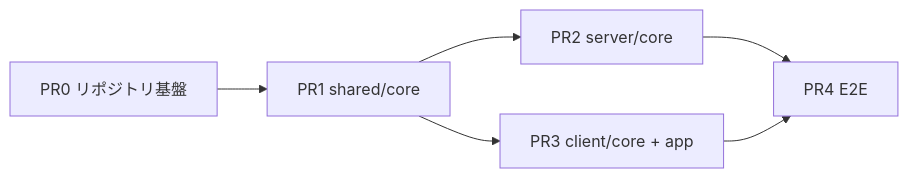
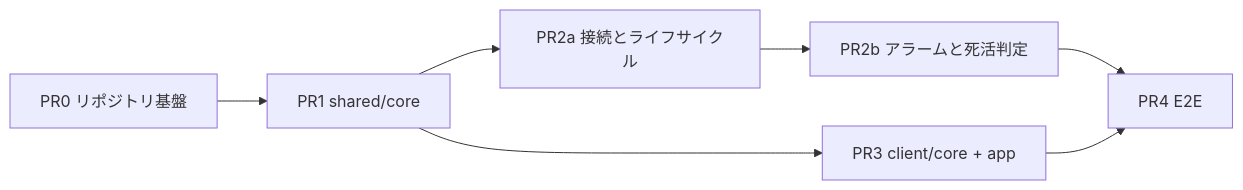
The diagram in docs/実装計画/M0.md (war-lab/BEB-Party), drawn with Mermaid before and after one commit. The commit also changed other lines of this file and 1 other file, not shown here.

````diff
--- a/docs/実装計画/M0.md
+++ b/docs/実装計画/M0.md
@@ -46,8 +46,9 @@
 ```mermaid
 graph LR
     PR0[PR0 リポジトリ基盤] --> PR1[PR1 shared/core]
-    PR1 --> PR2[PR2 server/core]
+    PR1 --> PR2a[PR2a 接続とライフサイクル]
+    PR2a --> PR2b[PR2b アラームと死活判定]
     PR1 --> PR3[PR3 client/core + app]
-    PR2 --> PR4[PR4 E2E]
+    PR2b --> PR4[PR4 E2E]
     PR3 --> PR4
 ```
````
